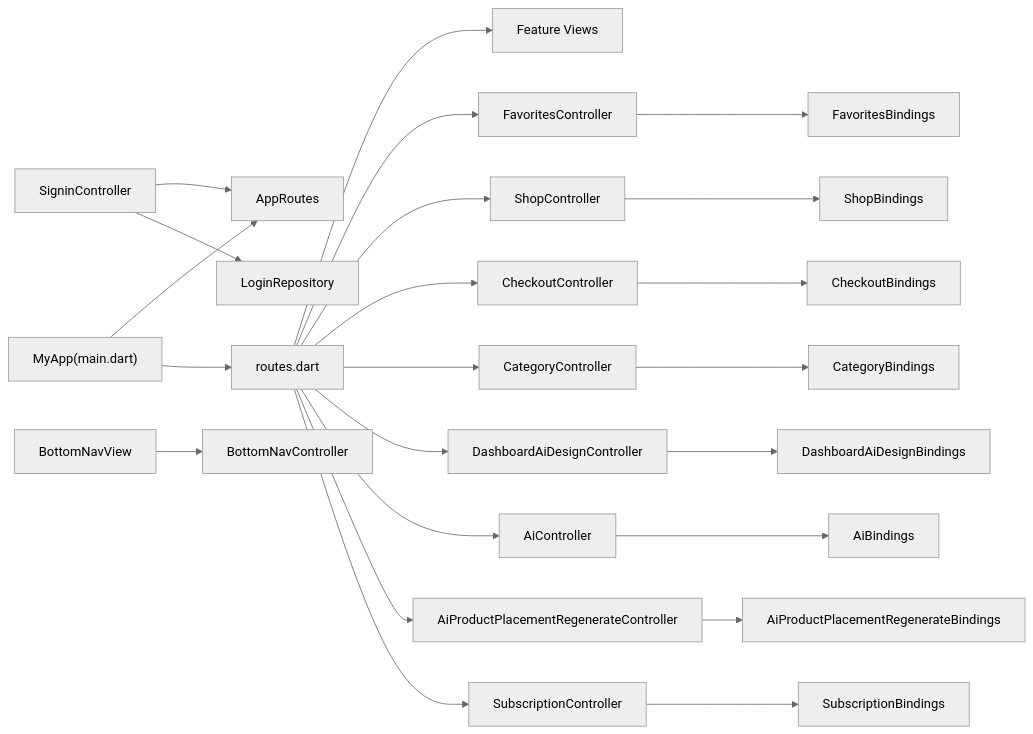
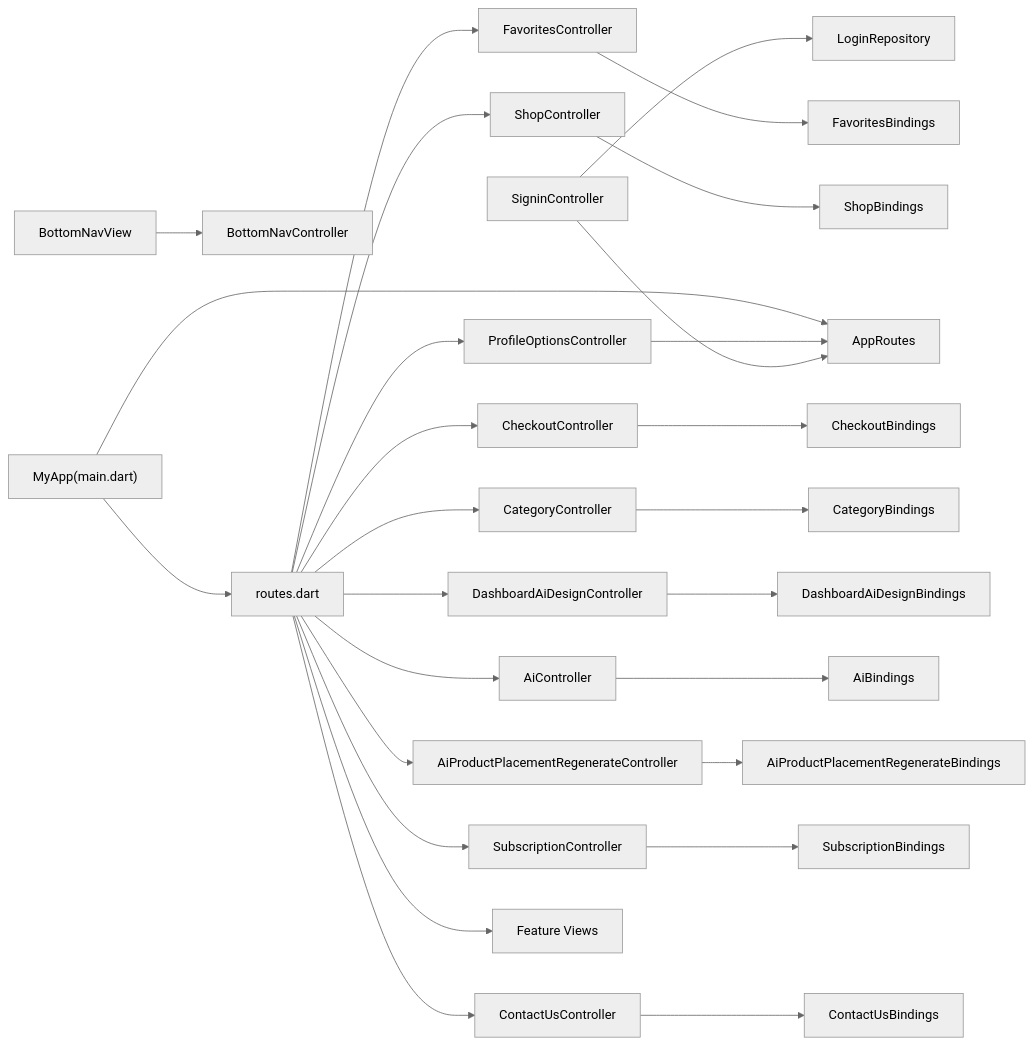
Before and after one commit to Ariful3111/FurniGo: diagram 11 of 11 in .qoder/repowiki/en/content/Architecture Overview/Routing and Navigation.md, drawn with Mermaid (neutral theme). The commit also changed other lines of this file and 9 other files, not shown here.

````diff
--- a/.qoder/repowiki/en/content/Architecture Overview/Routing and Navigation.md
+++ b/.qoder/repowiki/en/content/Architecture Overview/Routing and Navigation.md
@@ -710,25 +822,29 @@
 ```mermaid
 graph LR
 SIGNIN["SigninController"] --> APPRT["AppRoutes"]
 SIGNIN --> REPO["LoginRepository"]
 BOTTOMNAV["BottomNavView"] --> CTRL["BottomNavController"]
 FAVORITES["FavoritesController"] --> FAVBIND["FavoritesBindings"]
 SHOP["ShopController"] --> SHOBBIND["ShopBindings"]
 CHECKOUT["CheckoutController"] --> CHECKBIND["CheckoutBindings"]
 AICATEGORY["CategoryController"] --> AICATBIND["CategoryBindings"]
 AIDASHBOARD["DashboardAiDesignController"] --> AIDASHBIND["DashboardAiDesignBindings"]
 AI["AiController"] --> AIBIND["AiBindings"]
 AIREGEN["AiProductPlacementRegenerateController"] --> AIREGENBIND["AiProductPlacementRegenerateBindings"]
 SUBCTRL["SubscriptionController"] --> SUBBIND["SubscriptionBindings"]
+CONTACTCTRL["ContactUsController"] --> CONTACTBIND["ContactUsBindings"]
+PROFILEOPT["ProfileOptionsController"] --> APPRT
 MAIN["MyApp(main.dart)"] --> APPRT
 MAIN --> ROUTES["routes.dart"]
 ROUTES --> VIEWS["Feature Views"]
 ROUTES --> FAVORITES
 ROUTES --> SHOP
 ROUTES --> CHECKOUT
 ROUTES --> AICATEGORY
 ROUTES --> AIDASHBOARD
 ROUTES --> AI
 ROUTES --> AIREGEN
 ROUTES --> SUBCTRL
+ROUTES --> CONTACTCTRL
+ROUTES --> PROFILEOPT
 ```
````
